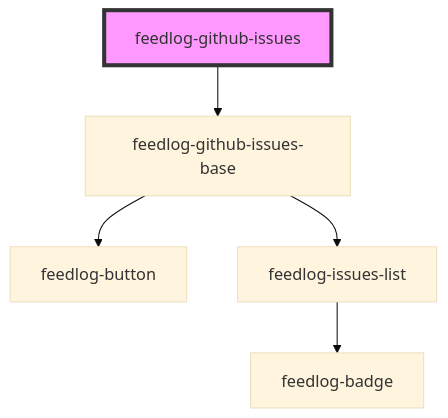
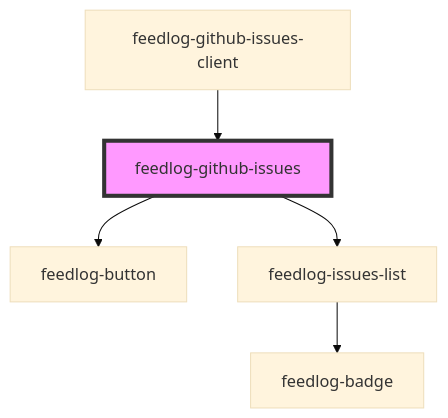
One commit to FeedlogAI/feedlog-toolkit changed the diagram in packages/webcomponents/src/components/feedlog-github-issues/readme.md. Above: the diagram before and after it, drawn with Mermaid (base theme). The commit also changed other lines of this file and 28 other files, not shown here.

Commit message:
Refactor Feedlog components: replace FeedlogGithubIssuesBase and FeedlogGithubIssuesSdk with FeedlogGithubIssuesClient, update component structure for improved rendering, and enhance theme support. Adjust documentation and remove deprecated files for cleaner codebase.

````diff
--- a/packages/webcomponents/src/components/feedlog-github-issues/readme.md
+++ b/packages/webcomponents/src/components/feedlog-github-issues/readme.md
@@ -40,8 +47,8 @@
 ```mermaid
 graph TD;
-  feedlog-github-issues --> feedlog-github-issues-base
-  feedlog-github-issues-base --> feedlog-button
-  feedlog-github-issues-base --> feedlog-issues-list
+  feedlog-github-issues --> feedlog-button
+  feedlog-github-issues --> feedlog-issues-list
   feedlog-issues-list --> feedlog-badge
+  feedlog-github-issues-client --> feedlog-github-issues
   style feedlog-github-issues fill:#f9f,stroke:#333,stroke-width:4px
 ```
````
